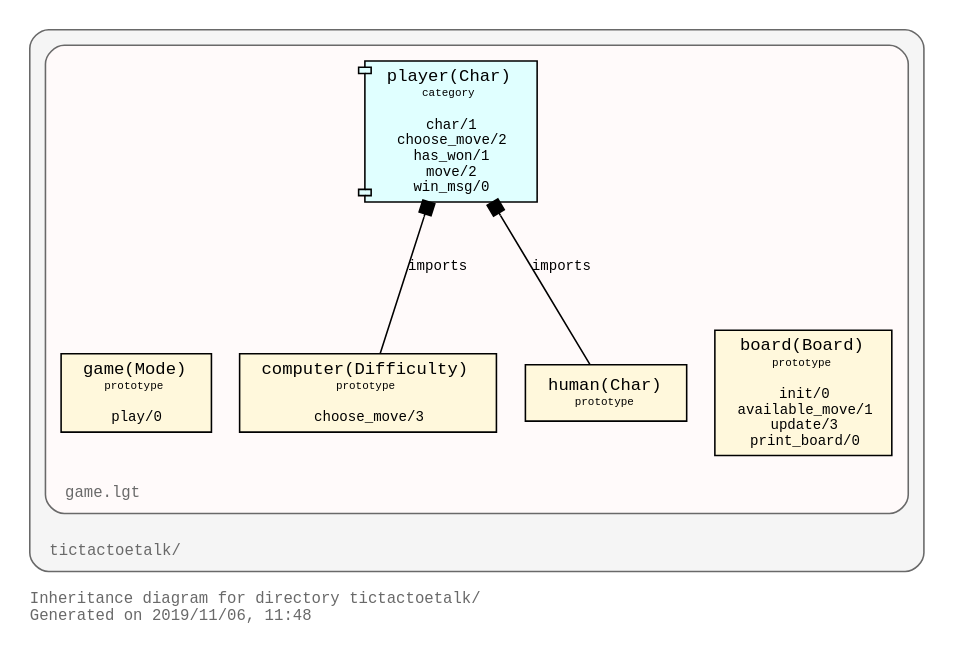
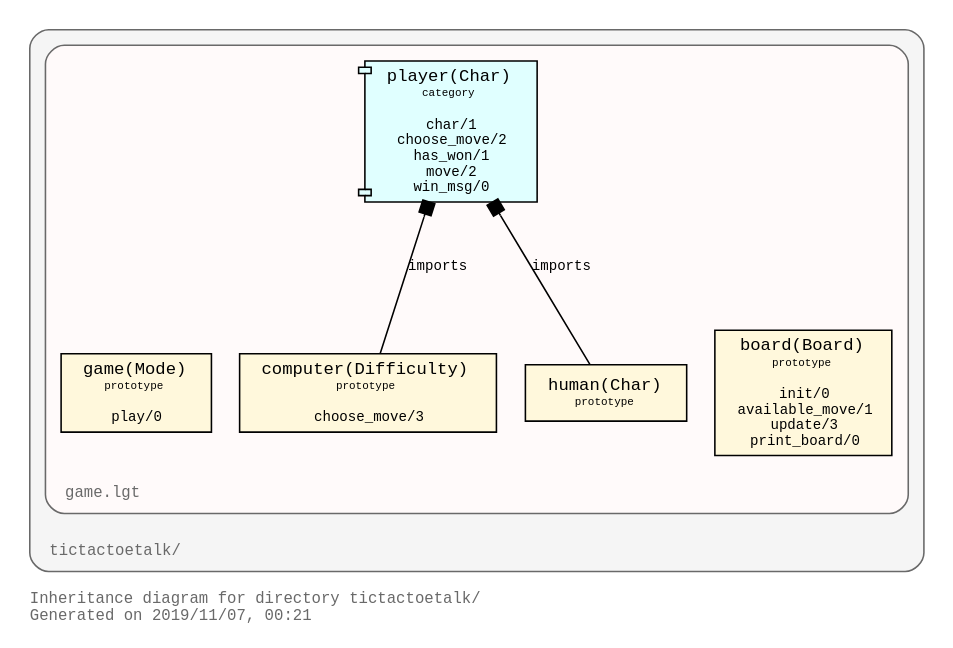
One commit to PaulBrownMagic/TicTacToeTalk changed the diagram in design/tictactoetalk_inheritance_diagram.dot. Above: the diagram before and after it, drawn with Graphviz. The commit also changed 15 other files, not shown here.

Commit message:
Updated graphviz diagrams

```diff
--- a/design/tictactoetalk_inheritance_diagram.dot
+++ b/design/tictactoetalk_inheritance_diagram.dot
@@ -1,49 +1,49 @@
 digraph "tictactoetalk" {
 rankdir="BT"
 ranksep="1.0"
 compound="true"
 splines="true"
 pack="true"
 clusterrank="local"
 labeljust="l"
 margin="1.0"
 fontname="Courier"
 fontsize="10"
 fontcolor="dimgray"
 pencolor="dimgray"
 node [shape="ellipse",style="filled",fillcolor="white",fontname="Courier",fontsize="9"]
 edge [fontname="Courier",fontsize="9"]
-label="Inheritance diagram for directory tictactoetalk/\lGenerated on 2019/11/06, 11:48\l"
+label="Inheritance diagram for directory tictactoetalk/\lGenerated on 2019/11/07, 00:21\l"
 
 subgraph "cluster_directory_tictactoetalk" {
 bgcolor="whitesmoke"
 style="rounded"
 margin="10"
 label=<<TABLE border="0" cellborder="0"><TR><TD tooltip="tictactoetalk/">tictactoetalk/</TD></TR></TABLE>>
 tooltip="tictactoetalk/"
 subgraph "cluster_file_/home/paul/Development/tictactoetalk/loader.lgt" {
 bgcolor="snow"
 style="rounded"
 margin="10"
 label=<<TABLE border="0" cellborder="0"><TR><TD tooltip="tictactoetalk/loader.lgt">loader.lgt</TD></TR></TABLE>>
 tooltip="tictactoetalk/loader.lgt"
 }
 
 subgraph "cluster_file_/home/paul/Development/tictactoetalk/game.lgt" {
 bgcolor="snow"
 style="rounded"
 margin="10"
 label=<<TABLE border="0" cellborder="0"><TR><TD tooltip="tictactoetalk/game.lgt">game.lgt</TD></TR></TABLE>>
 tooltip="tictactoetalk/game.lgt"
 "board(Board)" [shape="box",tooltip="prototype",style="filled",fillcolor="cornsilk",label=<<TABLE border="0" cellborder="0" cellspacing="0" cellpadding="0"><TR><TD> </TD><TD><FONT POINT-SIZE="11">board(Board)</FONT></TD><TD> </TD></TR><TR><TD> </TD><TD><FONT POINT-SIZE="7">prototype</FONT></TD><TD> </TD></TR><TR><TD> </TD></TR><TR><TD> </TD><TD>init/0</TD><TD> </TD></TR><TR><TD> </TD><TD>available_move/1</TD><TD> </TD></TR><TR><TD> </TD><TD>update/3</TD><TD> </TD></TR><TR><TD> </TD><TD>print_board/0</TD><TD> </TD></TR></TABLE>>]
 "human(Char)" [shape="box",tooltip="prototype",style="filled",fillcolor="cornsilk",label=<<TABLE border="0" cellborder="0" cellspacing="0" cellpadding="0"><TR><TD> </TD><TD><FONT POINT-SIZE="11">human(Char)</FONT></TD><TD> </TD></TR><TR><TD> </TD><TD><FONT POINT-SIZE="7">prototype</FONT></TD><TD> </TD></TR></TABLE>>]
 "computer(Difficulty)" [shape="box",tooltip="prototype",style="filled",fillcolor="cornsilk",label=<<TABLE border="0" cellborder="0" cellspacing="0" cellpadding="0"><TR><TD> </TD><TD><FONT POINT-SIZE="11">computer(Difficulty)</FONT></TD><TD> </TD></TR><TR><TD> </TD><TD><FONT POINT-SIZE="7">prototype</FONT></TD><TD> </TD></TR><TR><TD> </TD></TR><TR><TD> </TD><TD>choose_move/3</TD><TD> </TD></TR></TABLE>>]
 "game(Mode)" [shape="box",tooltip="prototype",style="filled",fillcolor="cornsilk",label=<<TABLE border="0" cellborder="0" cellspacing="0" cellpadding="0"><TR><TD> </TD><TD><FONT POINT-SIZE="11">game(Mode)</FONT></TD><TD> </TD></TR><TR><TD> </TD><TD><FONT POINT-SIZE="7">prototype</FONT></TD><TD> </TD></TR><TR><TD> </TD></TR><TR><TD> </TD><TD>play/0</TD><TD> </TD></TR></TABLE>>]
 "player(Char)" [shape="component",tooltip="category",style="filled",fillcolor="lightcyan",label=<<TABLE border="0" cellborder="0" cellspacing="0" cellpadding="0"><TR><TD> </TD><TD><FONT POINT-SIZE="11">player(Char)</FONT></TD><TD> </TD></TR><TR><TD> </TD><TD><FONT POINT-SIZE="7">category</FONT></TD><TD> </TD></TR><TR><TD> </TD></TR><TR><TD> </TD><TD>char/1</TD><TD> </TD></TR><TR><TD> </TD><TD>choose_move/2</TD><TD> </TD></TR><TR><TD> </TD><TD>has_won/1</TD><TD> </TD></TR><TR><TD> </TD><TD>move/2</TD><TD> </TD></TR><TR><TD> </TD><TD>win_msg/0</TD><TD> </TD></TR></TABLE>>]
 }
 
 "human(Char)" -> "player(Char)" [arrowhead="box",labeltooltip="imports",label=<imports>]
 "computer(Difficulty)" -> "player(Char)" [arrowhead="box",labeltooltip="imports",label=<imports>]
 }
 
 }
```
